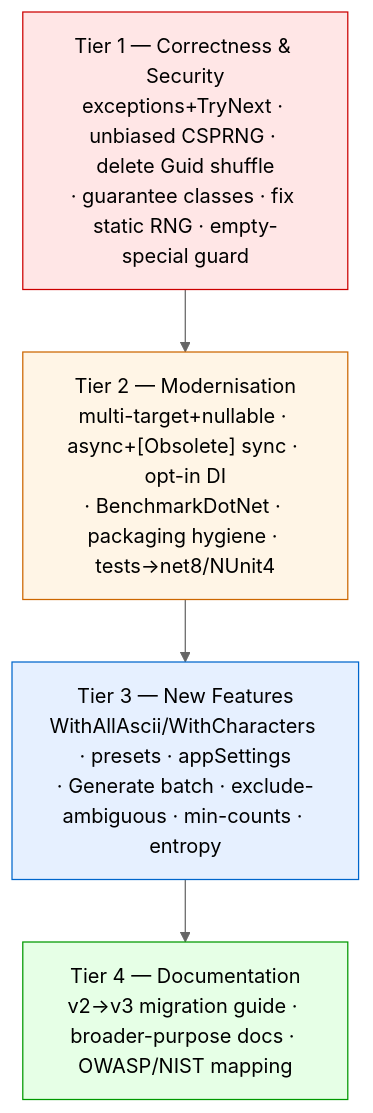
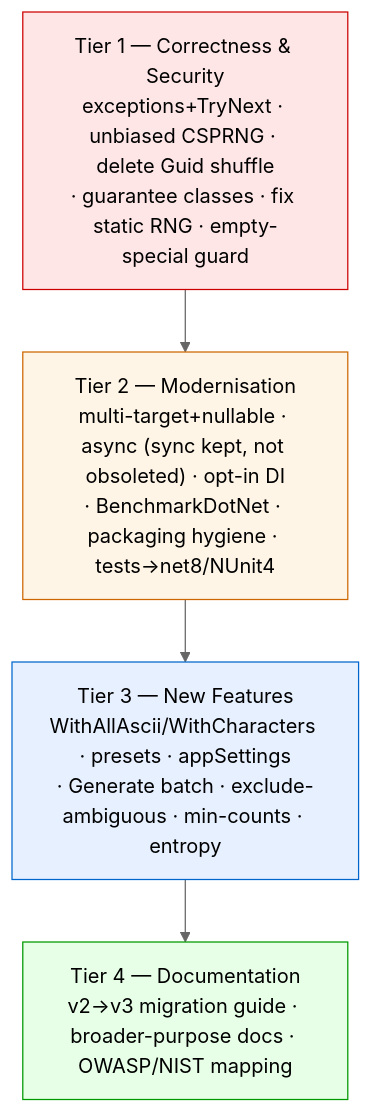
The first of 4 diagrams in docs/v3-target/roadmap.md (prjseal/PasswordGenerator), drawn with Mermaid (neutral theme) before and after one commit. The commit also changed other lines of this file and 7 other files, not shown here.

````diff
--- a/docs/v3-target/roadmap.md
+++ b/docs/v3-target/roadmap.md
@@ -8,16 +8,16 @@
 ```mermaid
 flowchart TD
     T1["Tier 1 — Correctness & Security<br/>exceptions+TryNext · unbiased CSPRNG · delete Guid shuffle<br/>· guarantee classes · fix static RNG · empty-special guard"]
-    T2["Tier 2 — Modernisation<br/>multi-target+nullable · async+[Obsolete] sync · opt-in DI<br/>· BenchmarkDotNet · packaging hygiene · tests→net8/NUnit4"]
+    T2["Tier 2 — Modernisation<br/>multi-target+nullable · async (sync kept, not obsoleted) · opt-in DI<br/>· BenchmarkDotNet · packaging hygiene · tests→net8/NUnit4"]
     T3["Tier 3 — New Features<br/>WithAllAscii/WithCharacters · presets · appSettings<br/>· Generate batch · exclude-ambiguous · min-counts · entropy"]
     T4["Tier 4 — Documentation<br/>v2→v3 migration guide · broader-purpose docs · OWASP/NIST mapping"]
     T1 --> T2 --> T3 --> T4
     classDef t1 fill:#ffe6e6,stroke:#cc0000;
     classDef t2 fill:#fff5e6,stroke:#cc6600;
     classDef t3 fill:#e6f0ff,stroke:#0066cc;
     classDef t4 fill:#e6ffe6,stroke:#009900;
     class T1 t1;
     class T2 t2;
     class T3 t3;
     class T4 t4;
 ```
````
